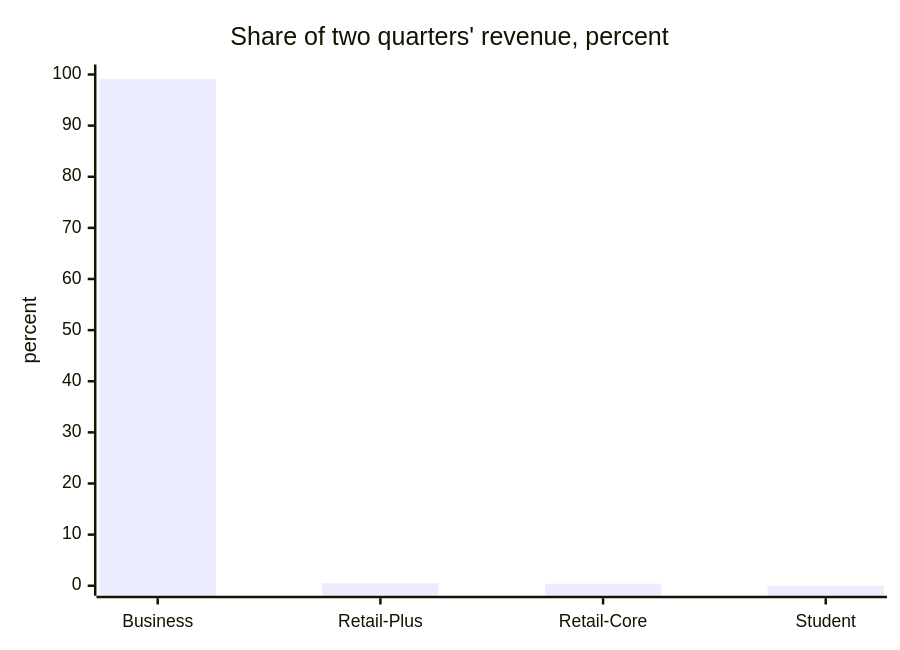
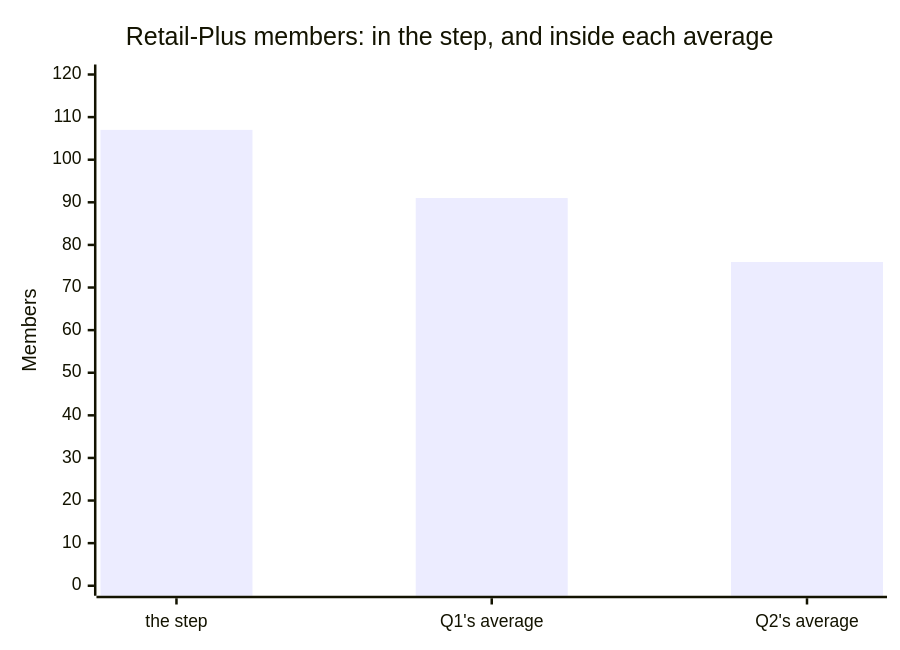
Before and after one commit to fde-academy-lab/c2-content-factory: diagram 19 of 22 in content/W02/D1/slides/C2_W02_D01_half1_STUDENT.md, drawn with Mermaid. The commit also changed other lines of this file and 3 other files, not shown here.

````diff
--- a/content/W02/D1/slides/C2_W02_D01_half1_STUDENT.md
+++ b/content/W02/D1/slides/C2_W02_D01_half1_STUDENT.md
@@ -759,7 +1335,7 @@
 ```mermaid
 xychart-beta
-    title "Share of two quarters' revenue, percent"
-    x-axis ["Business", "Retail-Plus", "Retail-Core", "Student"]
-    y-axis "percent" 0 --> 100
-    bar [99.1, 0.5, 0.4, 0.0]
+    title "Retail-Plus members: in the step, and inside each average"
+    x-axis ["the step", "Q1's average", "Q2's average"]
+    y-axis "Members" 0 --> 120
+    bar [107, 91, 76]
 ```
````
